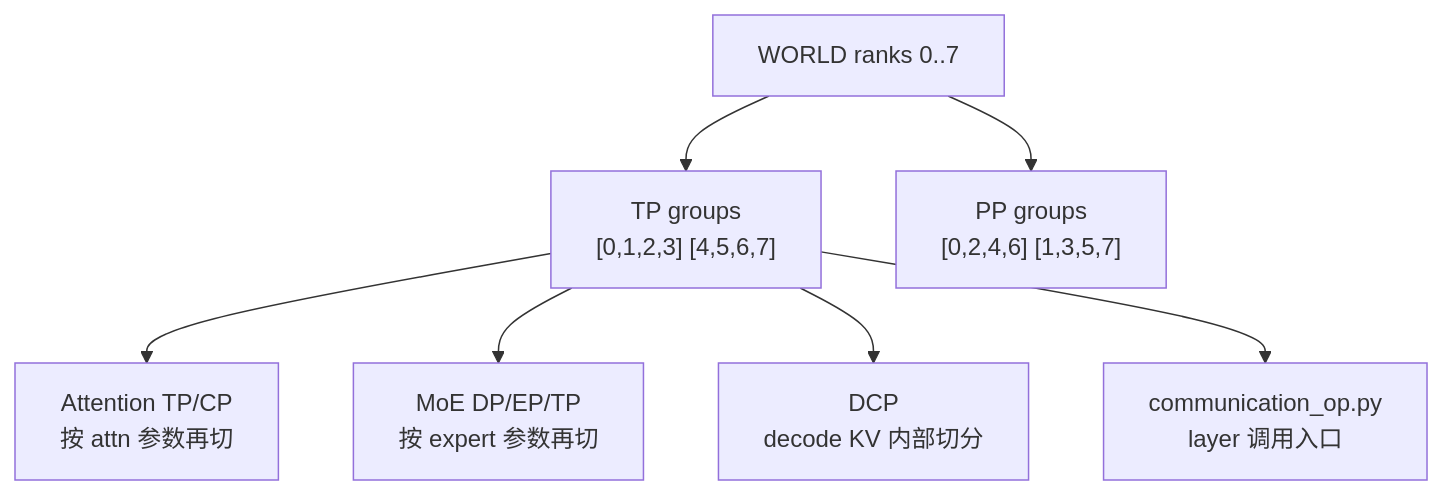
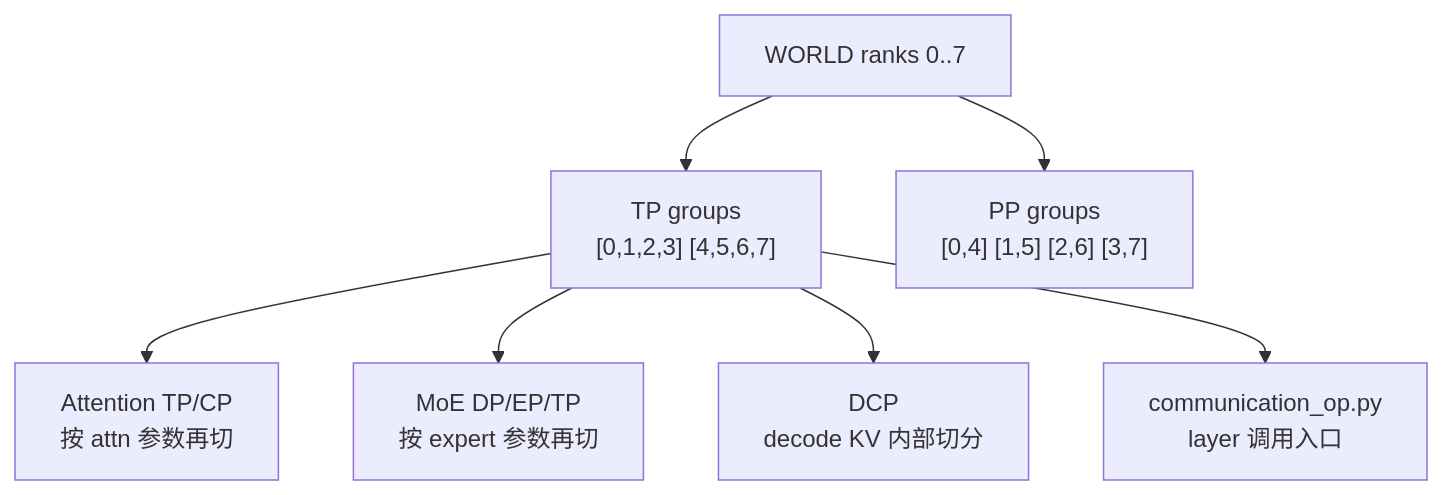
The diagram in sglang_reading/高级特性/分布式/SGLang-分布式-源码走读.md (OnlyHero5/sglang-reading-vault), drawn with Mermaid before and after one commit. The commit also changed other lines of this file and 512 other files, not shown here.

````diff
--- a/sglang_reading/高级特性/分布式/SGLang-分布式-源码走读.md
+++ b/sglang_reading/高级特性/分布式/SGLang-分布式-源码走读.md
@@ -55,9 +55,9 @@
 ```mermaid
 flowchart TB
   W["WORLD ranks 0..7"] --> TP["TP groups<br/>[0,1,2,3] [4,5,6,7]"]
-  W --> PP["PP groups<br/>[0,2,4,6] [1,3,5,7]"]
+  W --> PP["PP groups<br/>[0,4] [1,5] [2,6] [3,7]"]
   TP --> ATTN["Attention TP/CP<br/>按 attn 参数再切"]
   TP --> MOE["MoE DP/EP/TP<br/>按 expert 参数再切"]
   TP --> DCP["DCP<br/>decode KV 内部切分"]
   TP --> OPS["communication_op.py<br/>layer 调用入口"]
 ```
````
